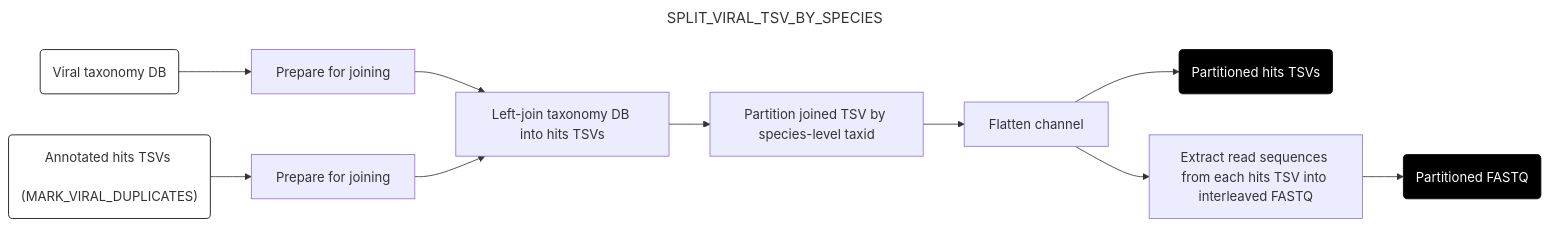
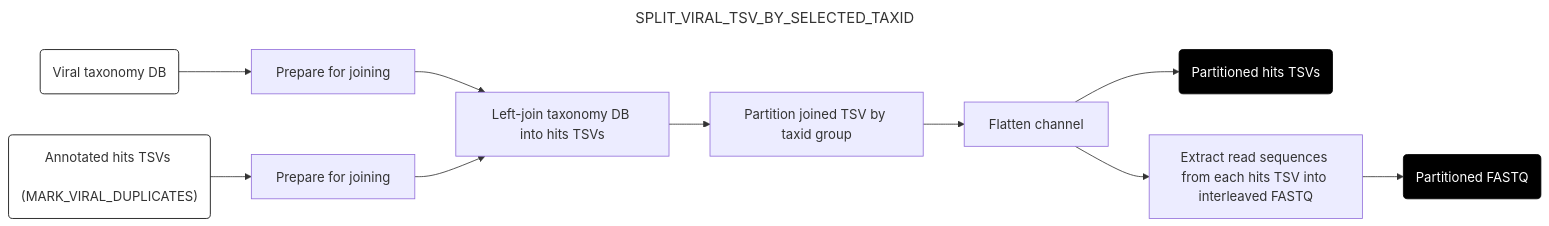
The fifth of 11 diagrams in docs/downstream.md (naobservatory/mgs-workflow), drawn with Mermaid before and after one commit. The commit also changed other lines of this file and 118 other files, not shown here.

````diff
--- a/docs/downstream.md
+++ b/docs/downstream.md
@@ -230,21 +258,21 @@
 ```mermaid
 ---
-title: SPLIT_VIRAL_TSV_BY_SPECIES
+title: SPLIT_VIRAL_TSV_BY_SELECTED_TAXID
 config:
   layout: horizontal
 ---
 flowchart LR
 A("Viral taxonomy DB") --> B[Prepare for joining]
 C("Annotated hits TSVs <br> (MARK_VIRAL_DUPLICATES)") --> D[Prepare for joining]
 B --> E[Left-join taxonomy DB into hits TSVs]
 D --> E
-E --> F[Partition joined TSV by species-level taxid]
+E --> F[Partition joined TSV by taxid group]
 F --> G[Flatten channel]
 G --> H(Partitioned hits TSVs)
 G --> I[Extract read sequences from each hits TSV into interleaved FASTQ]
 I --> J(Partitioned FASTQ)
 style A fill:#fff,stroke:#000
 style C fill:#fff,stroke:#000
 style H fill:#000,color:#fff,stroke:#000
 style J fill:#000,color:#fff,stroke:#000
 ```
````
